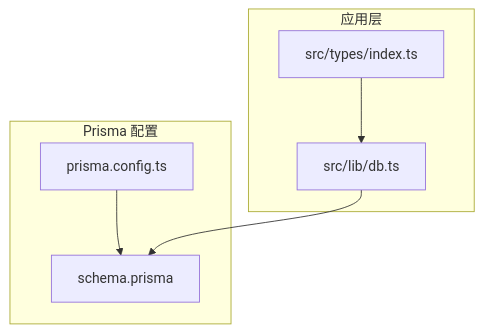
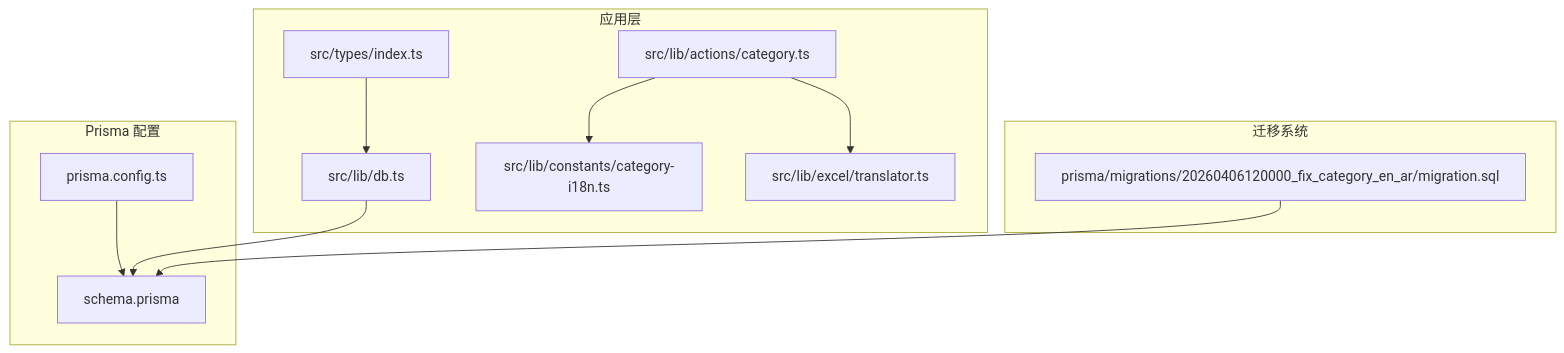
Before and after one commit to three3638-arch/celestia_2b: the first of 5 diagrams in .qoder/repowiki/zh/content/数据库设计/数据库设计.md, drawn with Mermaid. The commit also changed other lines of this file and 8 other files, not shown here.

````diff
--- a/.qoder/repowiki/zh/content/数据库设计/数据库设计.md
+++ b/.qoder/repowiki/zh/content/数据库设计/数据库设计.md
@@ -33,14 +48,23 @@
 ```mermaid
 graph TB
 subgraph "Prisma 配置"
 PC["prisma.config.ts"]
 SC["schema.prisma"]
 end
 subgraph "应用层"
 DBT["src/lib/db.ts"]
 TYPES["src/types/index.ts"]
+CAT["src/lib/actions/category.ts"]
+I18N["src/lib/constants/category-i18n.ts"]
+TRAN["src/lib/excel/translator.ts"]
+end
+subgraph "迁移系统"
+MIG["prisma/migrations/20260406120000_fix_category_en_ar/migration.sql"]
 end
 PC --> SC
 DBT --> SC
 TYPES --> DBT
+CAT --> I18N
+CAT --> TRAN
+MIG --> SC
 ```
````
